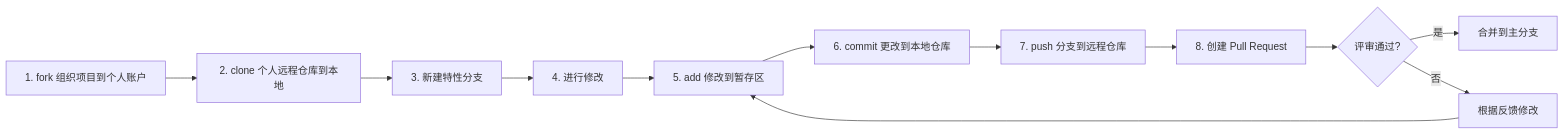
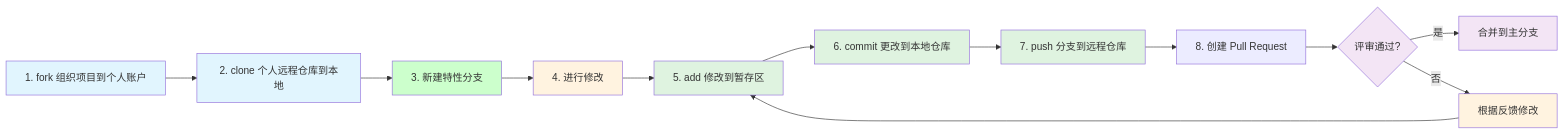
Before and after one commit to OpenHUTB/.github: the diagram in CONTRIBUTING.md, drawn with Mermaid.

Commit message:
不同类型步骤用不同颜色标记

````diff
--- a/CONTRIBUTING.md
+++ b/CONTRIBUTING.md
@@ -12,14 +12,30 @@
 ```mermaid
 flowchart LR
     A[1. fork 组织项目到个人账户] --> B[2. clone 个人远程仓库到本地]
     B --> C[3. 新建特性分支]
     C --> D[4. 进行修改]
     D --> E[5. add 修改到暂存区]
     E --> F[6. commit 更改到本地仓库]
     F --> G[7. push 分支到远程仓库]
     G --> H[8. 创建 Pull Request]
     H --> I{评审通过?}
     I -->|是| J[合并到主分支]
     I -->|否| K[根据反馈修改]
     K --> E
+
+    style A fill:#e1f5fe
+    style B fill:#e1f5fe
+
+    style C fill:#ccffcc
+
+    style D fill:#fff3e0
+    
+    style E fill:#dff3e0
+    style F fill:#dff3e0
+    style G fill:#dff3e0
+
+    style I fill:#f3e5f5
+    style J fill:#f3e5f5
+
+    style K fill:#fff3e0
 ```
````
